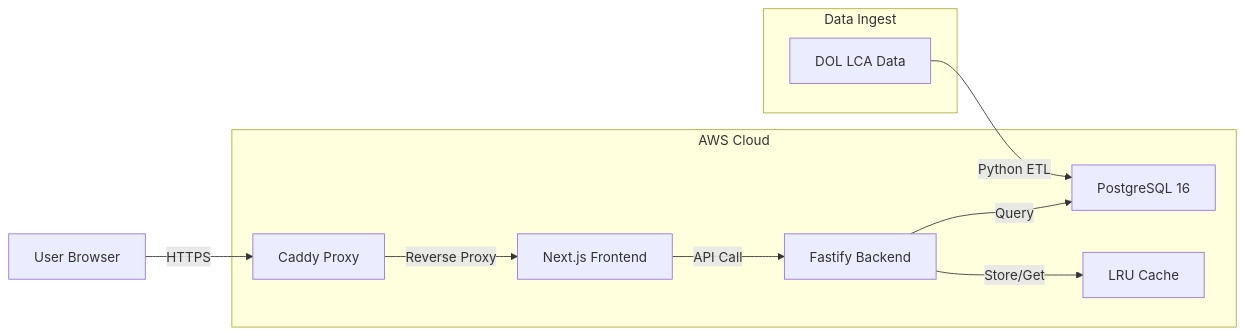
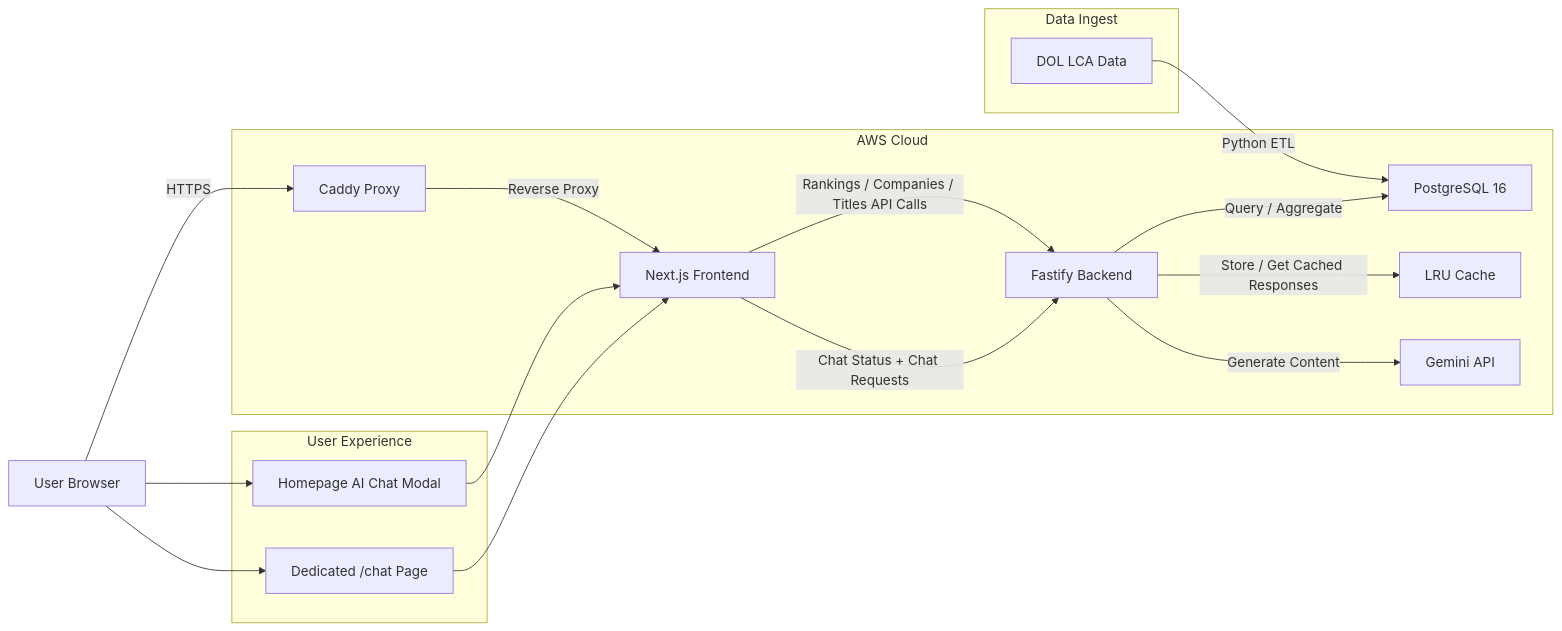
The diagram in README.md (ewangchong/h1bfriendly.com), drawn with Mermaid before and after one commit. The commit also changed other lines of this file and 7 other files, not shown here.

````diff
--- a/README.md
+++ b/README.md
@@ -18,15 +18,27 @@
 ```mermaid
 graph LR
     User[User Browser] -->|HTTPS| Caddy[Caddy Proxy]
 
     subgraph AWS_EC2 [AWS Cloud]
         Caddy -->|Reverse Proxy| Web[Next.js Frontend]
-        Web -->|API Call| Backend[Fastify Backend]
-        Backend -->|Query| DB[PostgreSQL 16]
-        Backend -->|Store/Get| Cache[LRU Cache]
+        Web -->|Rankings / Companies / Titles API Calls| Backend[Fastify Backend]
+        Web -->|Chat Status + Chat Requests| Backend
+        Backend -->|Query / Aggregate| DB[PostgreSQL 16]
+        Backend -->|Store / Get Cached Responses| Cache[LRU Cache]
+        Backend -->|Generate Content| Gemini[Gemini API]
     end
 
     subgraph Pipeline [Data Ingest]
         DOL[DOL LCA Data] -->|Python ETL| DB
     end
+
+    subgraph UX [User Experience]
+        HomeModal[Homepage AI Chat Modal]
+        ChatPage[Dedicated /chat Page]
+    end
+
+    User --> HomeModal
+    User --> ChatPage
+    HomeModal --> Web
+    ChatPage --> Web
 ```
````
